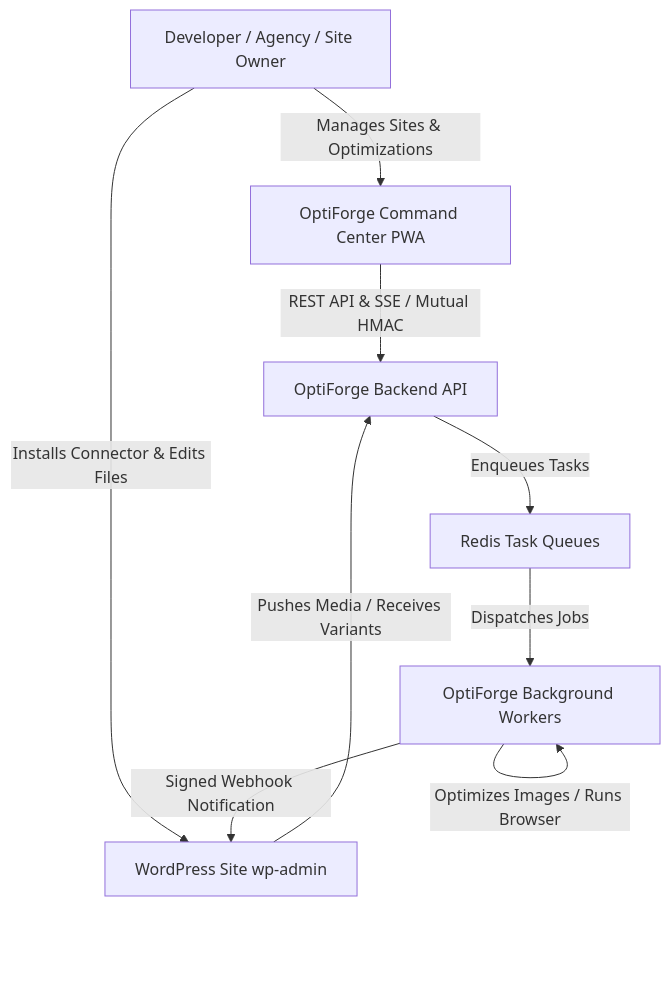
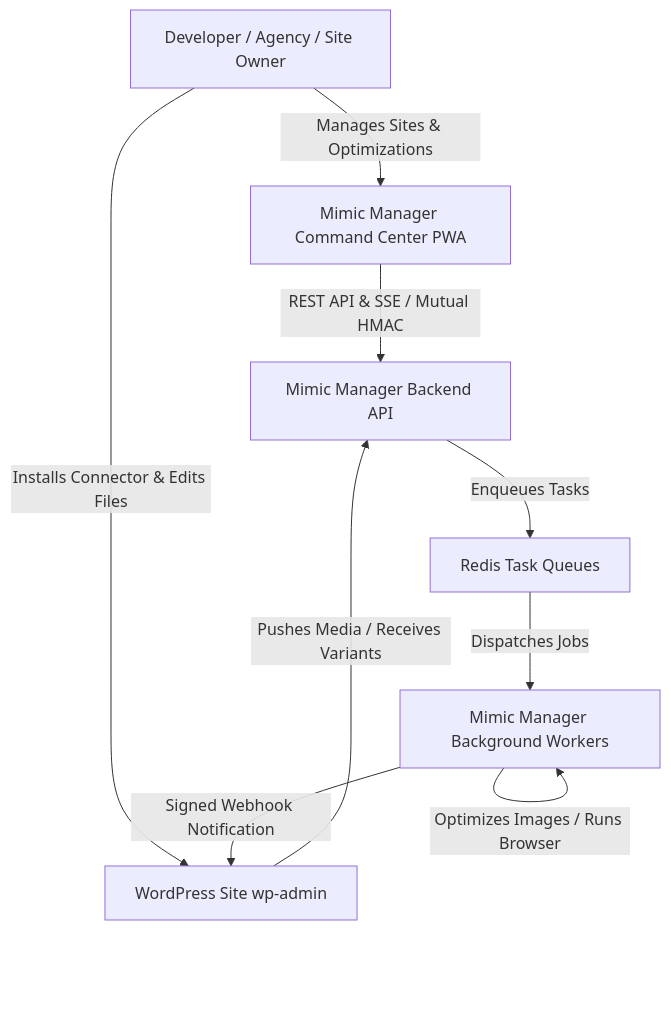
One commit to GeniousSonu/Mimic-Manager changed the first of 4 diagrams in docs/architecture/ARCHITECTURE.md. Above: the diagram before and after it, drawn with Mermaid. The commit also changed 139 other files, not shown here.

````diff
--- a/docs/architecture/ARCHITECTURE.md
+++ b/docs/architecture/ARCHITECTURE.md
@@ -14,12 +14,12 @@
 ```mermaid
 graph TD
-  User[Developer / Agency / Site Owner] -->|Manages Sites & Optimizations| PWA[OptiForge Command Center PWA]
+  User[Developer / Agency / Site Owner] -->|Manages Sites & Optimizations| PWA[Mimic Manager Command Center PWA]
   User -->|Installs Connector & Edits Files| WP[WordPress Site wp-admin]
 
-  PWA -->|REST API & SSE / Mutual HMAC| API[OptiForge Backend API]
+  PWA -->|REST API & SSE / Mutual HMAC| API[Mimic Manager Backend API]
   WP -->|Pushes Media / Receives Variants| API
   API -->|Enqueues Tasks| Queue[Redis Task Queues]
-  Queue -->|Dispatches Jobs| Worker[OptiForge Background Workers]
+  Queue -->|Dispatches Jobs| Worker[Mimic Manager Background Workers]
   Worker -->|Optimizes Images / Runs Browser| Worker
   Worker -->|Signed Webhook Notification| WP
 ```
````
